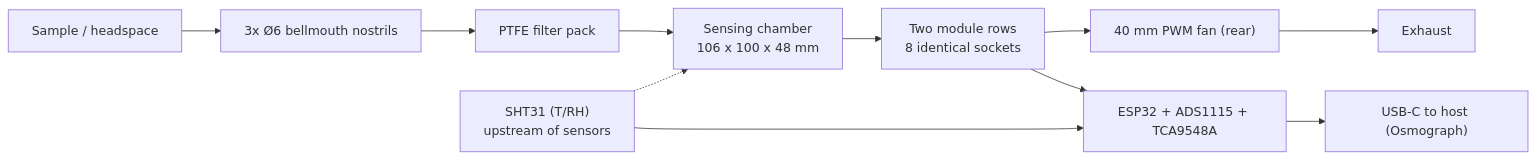
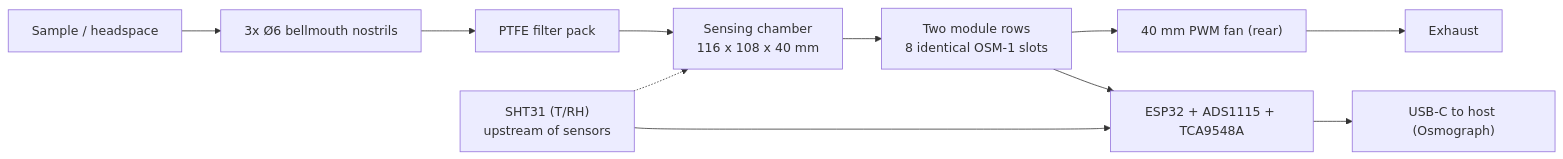
One commit to OpenSmell/smell-monitor changed the first of 3 diagrams in docs/blueprint.md. Above: the diagram before and after it, drawn with Mermaid. The commit also changed other lines of this file and 55 other files, not shown here.

````diff
--- a/docs/blueprint.md
+++ b/docs/blueprint.md
@@ -120,13 +120,13 @@
 ```mermaid
 flowchart LR
     S[Sample / headspace] --> N["3x Ø6 bellmouth nostrils"]
     N --> F[PTFE filter pack]
-    F --> C["Sensing chamber<br/>106 x 100 x 48 mm"]
-    C --> B["Two module rows<br/>8 identical sockets"]
+    F --> C["Sensing chamber<br/>116 x 108 x 40 mm"]
+    C --> B["Two module rows<br/>8 identical OSM-1 slots"]
     B --> X["40 mm PWM fan (rear)"]
     X --> E[Exhaust]
     ENV["SHT31 (T/RH)<br/>upstream of sensors"] -.-> C
     B --> M["ESP32 + ADS1115 + TCA9548A"]
     ENV --> M
     M --> U["USB-C to host (Osmograph)"]
 ```
````
